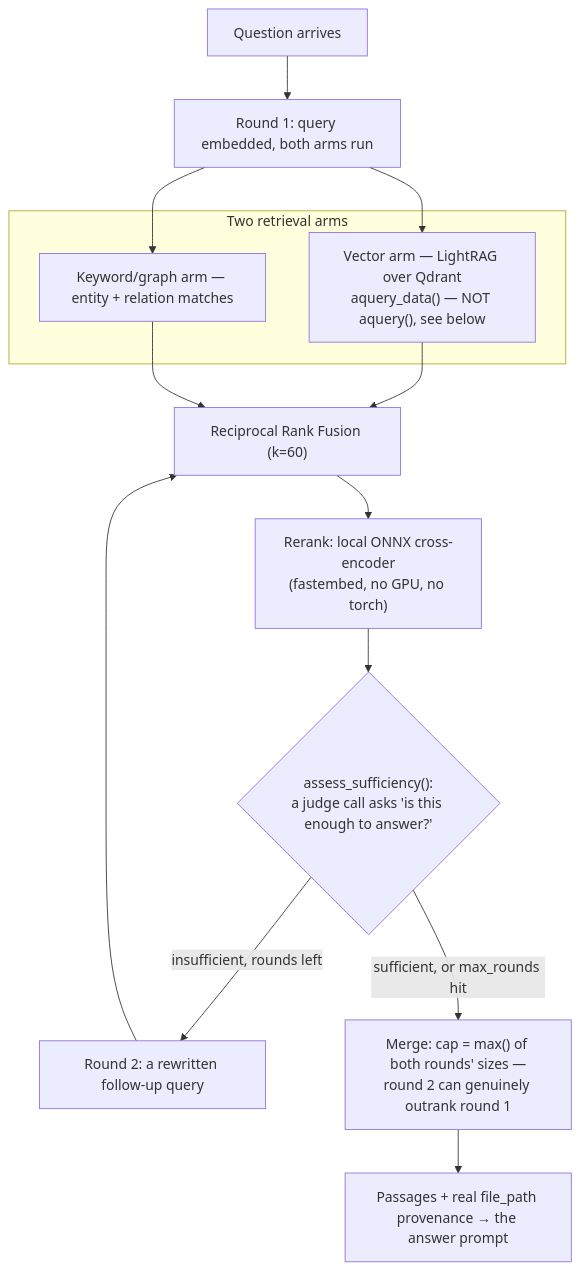
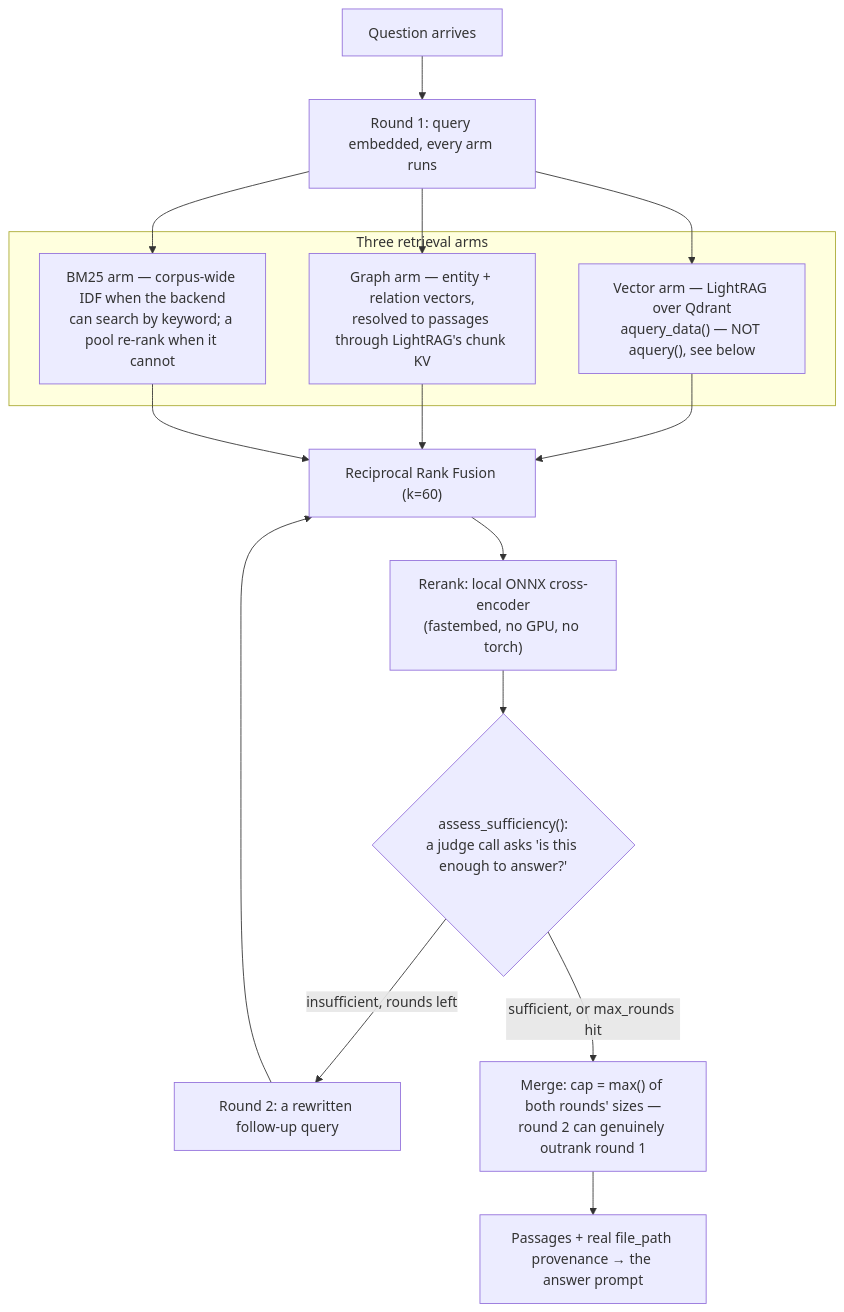
Before and after one commit to yrevash/aegis: the diagram in docs/teaching/retrieval.md, drawn with Mermaid. The commit also changed other lines of this file and 52 other files, not shown here.

````diff
--- a/docs/teaching/retrieval.md
+++ b/docs/teaching/retrieval.md
@@ -26,18 +26,21 @@
 ```mermaid
 flowchart TD
-    Q[Question arrives] --> R1["Round 1: query embedded, both arms run"]
-    subgraph ARMS["Two retrieval arms"]
+    Q[Question arrives] --> R1["Round 1: query embedded, every arm runs"]
+    subgraph ARMS["Three retrieval arms"]
         V["Vector arm — LightRAG over Qdrant<br/>aquery_data() — NOT aquery(), see below"]
-        K["Keyword/graph arm — entity + relation matches"]
+        G["Graph arm — entity + relation vectors,<br/>resolved to passages through LightRAG's chunk KV"]
+        K["BM25 arm — corpus-wide IDF when the backend<br/>can search by keyword; a pool re-rank when it cannot"]
     end
     R1 --> V
+    R1 --> G
     R1 --> K
     V --> F["Reciprocal Rank Fusion (k=60)"]
+    G --> F
     K --> F
     F --> RR["Rerank: local ONNX cross-encoder<br/>(fastembed, no GPU, no torch)"]
     RR --> J{"assess_sufficiency():<br/>a judge call asks 'is this enough to answer?'"}
     J -->|insufficient, rounds left| R2["Round 2: a rewritten follow-up query"]
     R2 --> F
     J -->|sufficient, or max_rounds hit| MERGE["Merge: cap = max() of both rounds' sizes —<br/>round 2 can genuinely outrank round 1"]
     MERGE --> OUT[Passages + real file_path provenance → the answer prompt]
 ```
````
